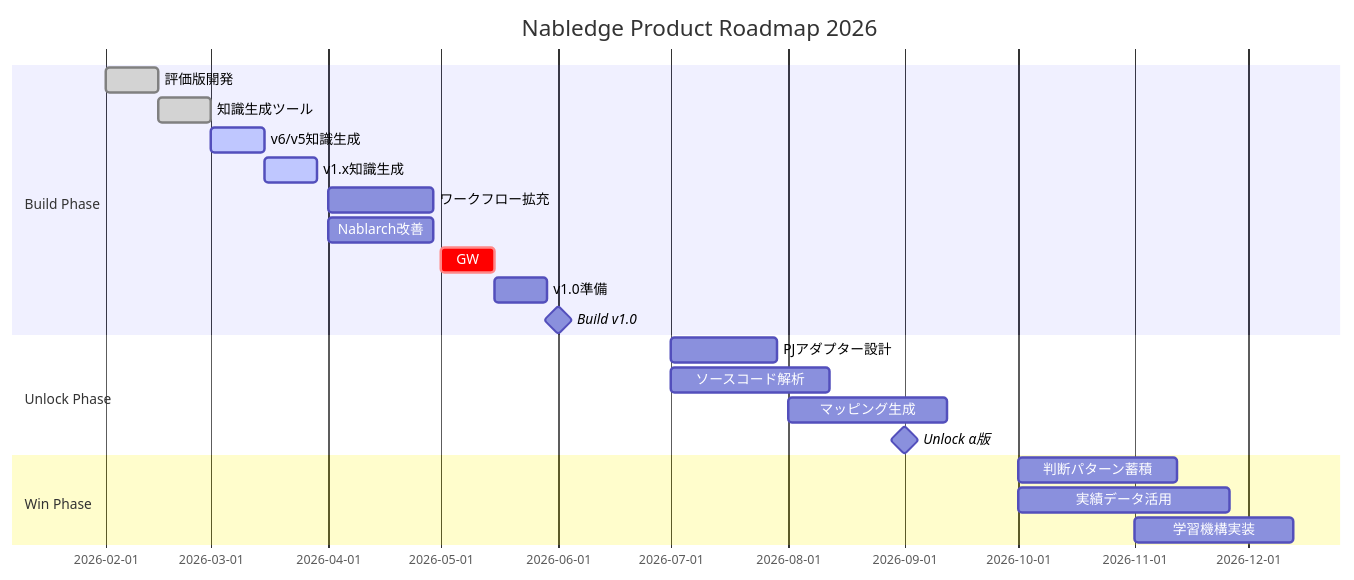
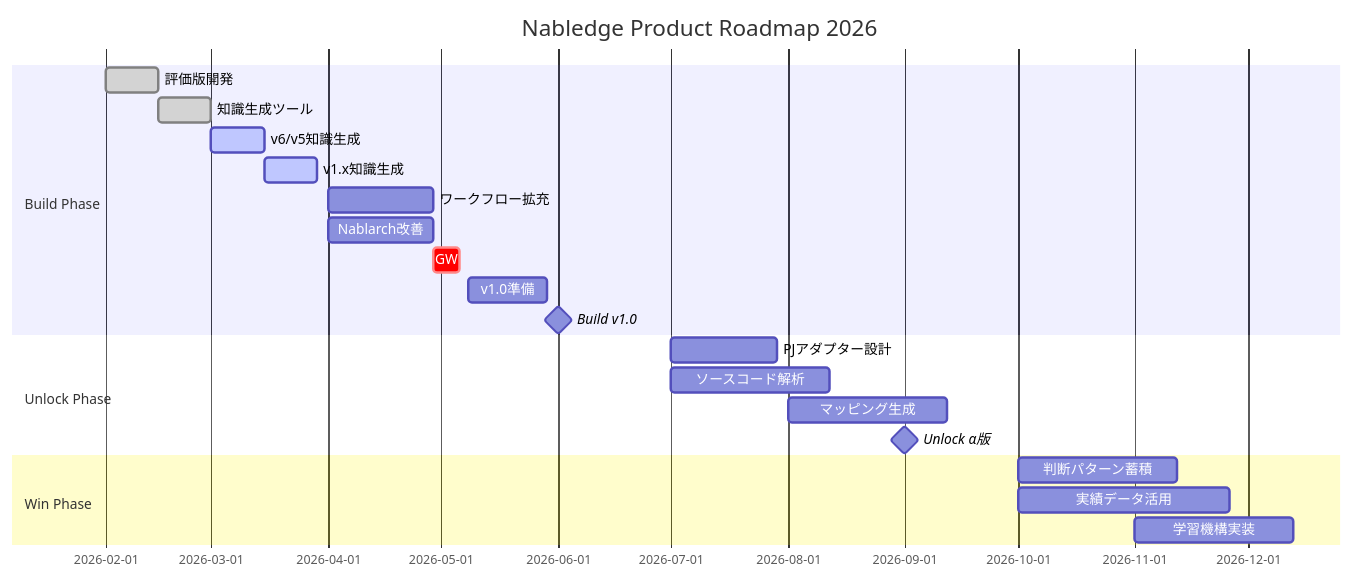
One commit to nablarch/nabledge-dev changed the diagram in doc/development-status.md. Above: the diagram before and after it, drawn with Mermaid.

Commit message:
Correct GW timing: late April to early May
Changes:
- GW: May 1 (2w) → April 29 (1w)
- Actual GW period: late April week + early May week
- v1.0準備: adjust back to May 8 start, 3w duration

GW now correctly spans end of April and beginning of May.

````diff
--- a/doc/development-status.md
+++ b/doc/development-status.md
@@ -19,27 +19,27 @@
 ```mermaid
 gantt
     title Nabledge Product Roadmap 2026
     dateFormat YYYY-MM-DD
 
     section Build Phase
     評価版開発                :done, 2026-02-01, 2w
     知識生成ツール            :done, 2026-02-15, 2w
     v6/v5知識生成            :active, 2026-03-01, 2w
     v1.x知識生成             :active, 2026-03-15, 2w
     ワークフロー拡充          :2026-04-01, 4w
     Nablarch改善             :2026-04-01, 4w
-    GW                      :crit, 2026-05-01, 2w
-    v1.0準備                :2026-05-15, 2w
+    GW                      :crit, 2026-04-29, 1w
+    v1.0準備                :2026-05-08, 3w
     Build v1.0              :milestone, 2026-06-01, 0d
 
     section Unlock Phase
     PJアダプター設計          :2026-07-01, 4w
     ソースコード解析          :2026-07-01, 6w
     マッピング生成           :2026-08-01, 6w
     Unlock α版              :milestone, 2026-09-01, 0d
 
     section Win Phase
     判断パターン蓄積          :2026-10-01, 6w
     実績データ活用           :2026-10-01, 8w
     学習機構実装             :2026-11-01, 6w
 ```
````
